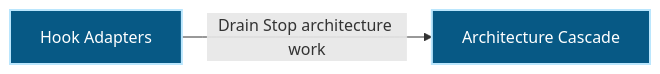
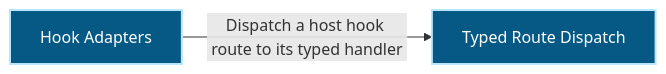
The first of 2 diagrams in docs/architecture/modules/runtime-harness/hook-adapters.md (Ancienttwo/repo-harness), drawn with Mermaid before and after one commit. The commit also changed other lines of this file and 235 other files, not shown here.

````diff
--- a/docs/architecture/modules/runtime-harness/hook-adapters.md
+++ b/docs/architecture/modules/runtime-harness/hook-adapters.md
@@ -15,10 +15,10 @@
 ```mermaid
 flowchart LR
   p1_capability_runtime_harness_hook_adapters_75a11743["Hook Adapters"]:::component
-  p1_component_hook_adapters_primary_1659ffb9["Architecture Cascade"]:::component
-  p1_capability_runtime_harness_hook_adapters_75a11743 -->|"Drain Stop architecture work"| p1_component_hook_adapters_primary_1659ffb9
+  p1_component_hook_adapters_primary_1659ffb9["Typed Route Dispatch"]:::component
+  p1_capability_runtime_harness_hook_adapters_75a11743 -->|"Dispatch a host hook route to its typed handler"| p1_component_hook_adapters_primary_1659ffb9
   classDef actor fill:#111827,color:#ffffff,stroke:#f9fafb,stroke-width:2px
   classDef component fill:#075985,color:#ffffff,stroke:#bae6fd,stroke-width:2px
   classDef datastore fill:#3f6212,color:#ffffff,stroke:#d9f99d,stroke-width:2px
   classDef external fill:#7c2d12,color:#ffffff,stroke:#fed7aa,stroke-width:2px
 ```
````
